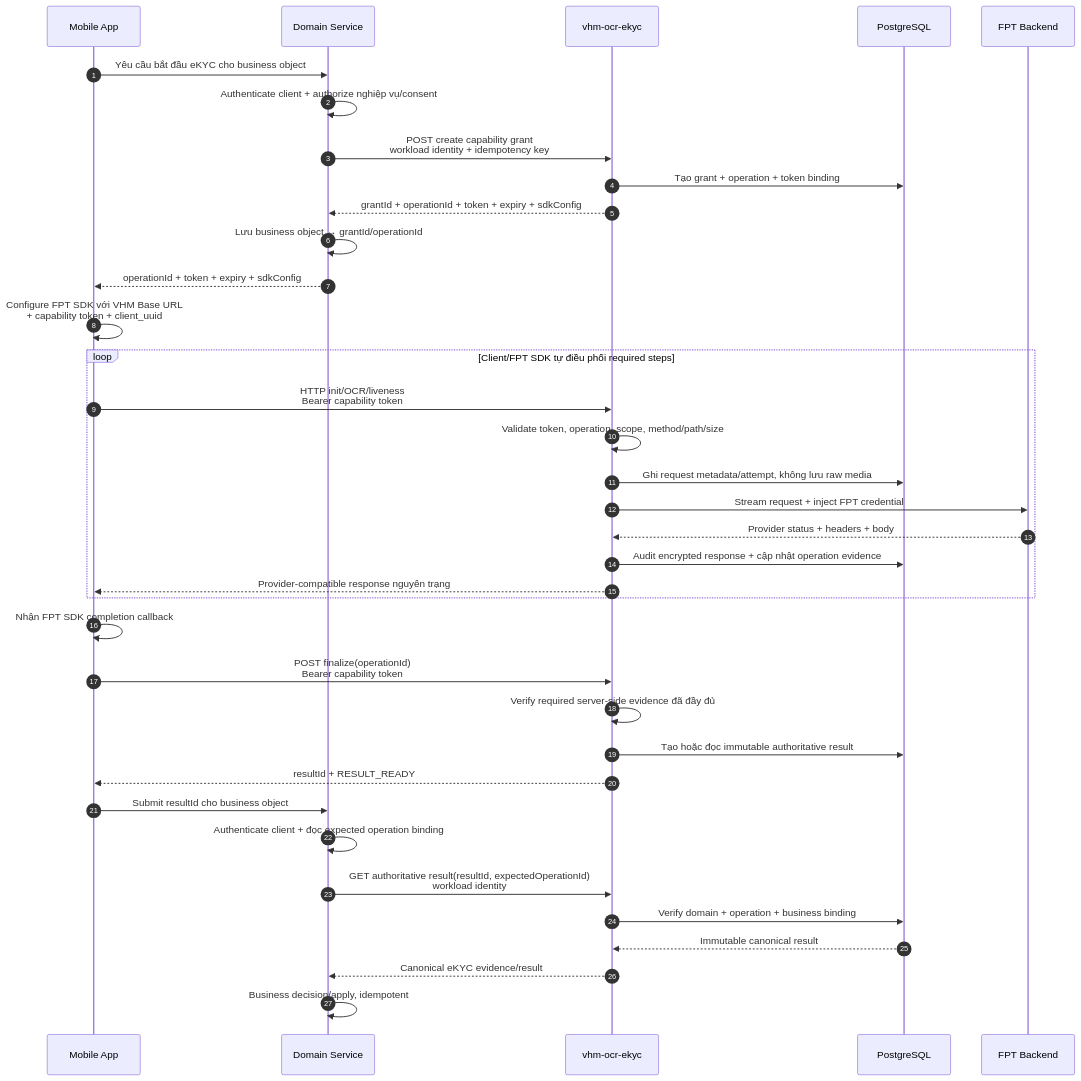
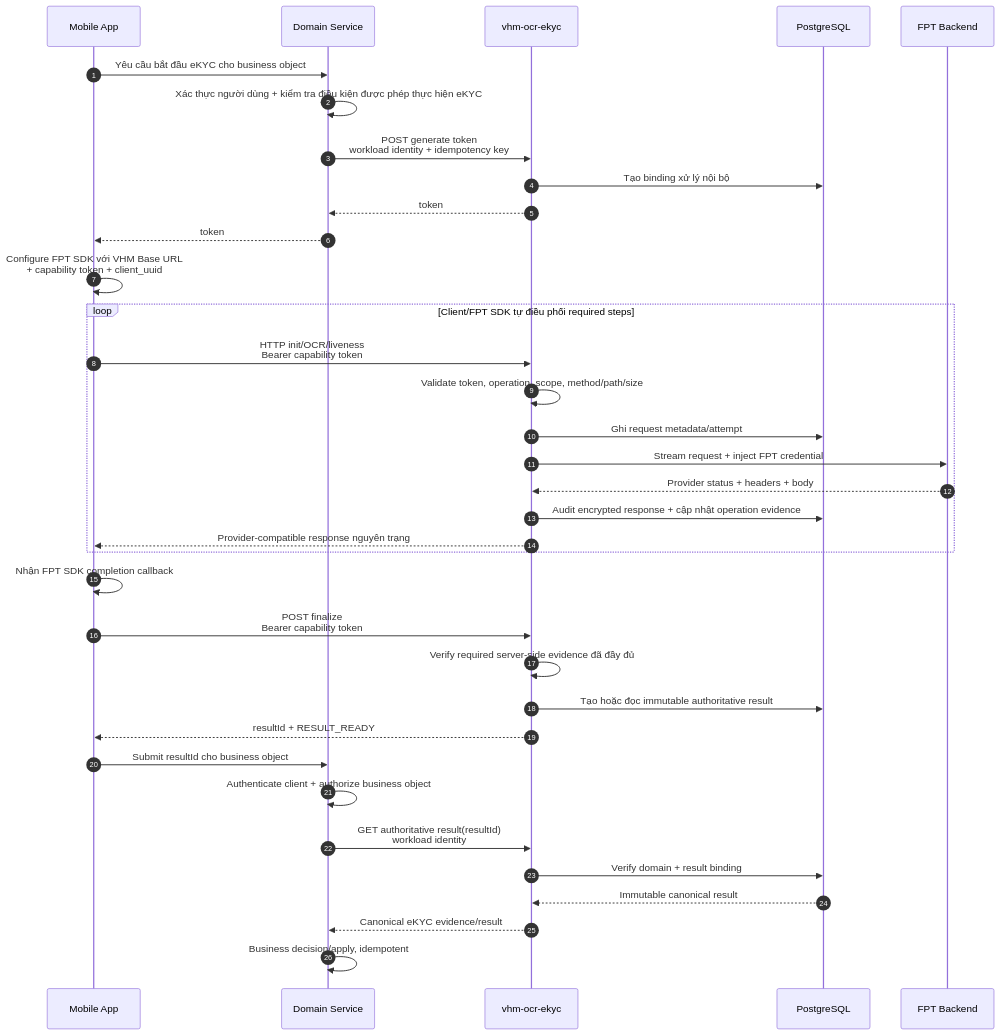
The fourth of 6 diagrams in tdd-ocr-ekyc-delegated-client-flow.md (huynv-xyz/vhm), drawn with Mermaid before and after one commit. The commit also changed other lines of this file, not shown here.

````diff
--- a/tdd-ocr-ekyc-delegated-client-flow.md
+++ b/tdd-ocr-ekyc-delegated-client-flow.md
@@ -304,42 +301,41 @@
 ```mermaid
 sequenceDiagram
     autonumber
     participant A as Mobile App
     participant D as Domain Service
     participant O as vhm-ocr-ekyc
     participant DB as PostgreSQL
     participant F as FPT Backend
 
     A->>D: Yêu cầu bắt đầu eKYC cho business object
-    D->>D: Authenticate client + authorize nghiệp vụ/consent
-    D->>O: POST create capability grant<br/>workload identity + idempotency key
-    O->>DB: Tạo grant + operation + token binding
-    O-->>D: grantId + operationId + token + expiry + sdkConfig
-    D->>D: Lưu business object ↔ grantId/operationId
-    D-->>A: operationId + token + expiry + sdkConfig
+    D->>D: Xác thực người dùng + kiểm tra điều kiện được phép thực hiện eKYC
+    D->>O: POST generate token<br/>workload identity + idempotency key
+    O->>DB: Tạo binding xử lý nội bộ
+    O-->>D: token
+    D-->>A: token
     A->>A: Configure FPT SDK với VHM Base URL<br/>+ capability token + client_uuid
 
     loop Client/FPT SDK tự điều phối required steps
         A->>O: HTTP init/OCR/liveness<br/>Bearer capability token
         O->>O: Validate token, operation, scope, method/path/size
-        O->>DB: Ghi request metadata/attempt, không lưu raw media
+        O->>DB: Ghi request metadata/attempt
         O->>F: Stream request + inject FPT credential
         F-->>O: Provider status + headers + body
         O->>DB: Audit encrypted response + cập nhật operation evidence
         O-->>A: Provider-compatible response nguyên trạng
     end
 
     A->>A: Nhận FPT SDK completion callback
-    A->>O: POST finalize(operationId)<br/>Bearer capability token
+    A->>O: POST finalize<br/>Bearer capability token
     O->>O: Verify required server-side evidence đã đầy đủ
     O->>DB: Tạo hoặc đọc immutable authoritative result
     O-->>A: resultId + RESULT_READY
 
     A->>D: Submit resultId cho business object
-    D->>D: Authenticate client + đọc expected operation binding
-    D->>O: GET authoritative result(resultId, expectedOperationId)<br/>workload identity
-    O->>DB: Verify domain + operation + business binding
+    D->>D: Authenticate client + authorize business object
+    D->>O: GET authoritative result(resultId)<br/>workload identity
+    O->>DB: Verify domain + result binding
     DB-->>O: Immutable canonical result
     O-->>D: Canonical eKYC evidence/result
     D->>D: Business decision/apply, idempotent
 ```
````
